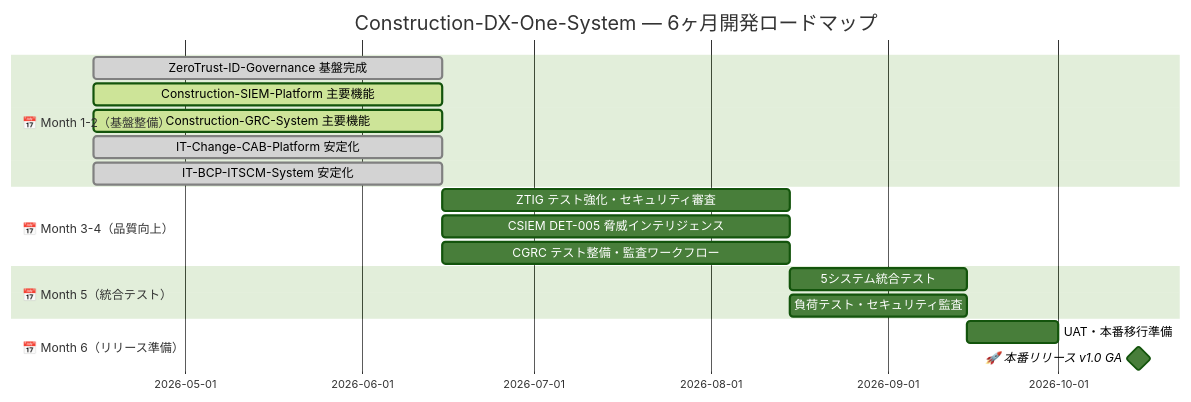
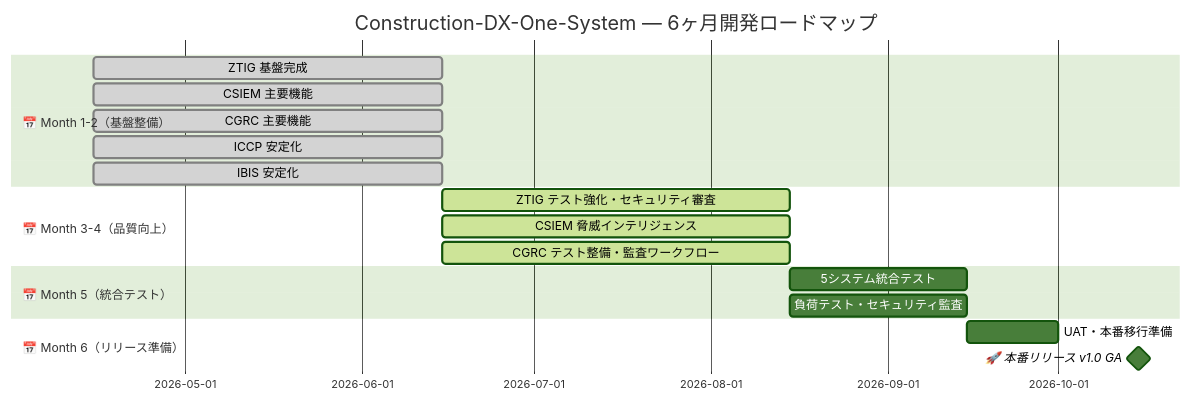
The fourth of 8 diagrams in README.md (Kensan196948G/Construction-DX-One-System), drawn with Mermaid (forest theme) before and after one commit. The commit also changed other lines of this file and 6 other files, not shown here.

````diff
--- a/README.md
+++ b/README.md
@@ -356,21 +294,21 @@
 ```mermaid
 gantt
     title Construction-DX-One-System — 6ヶ月開発ロードマップ
     dateFormat  YYYY-MM-DD
     section 📅 Month 1-2（基盤整備）
-    ZeroTrust-ID-Governance 基盤完成     :done,    ztig1, 2026-04-15, 2026-06-15
-    Construction-SIEM-Platform 主要機能   :active,  csiem1, 2026-04-15, 2026-06-15
-    Construction-GRC-System 主要機能      :active,  cgrc1, 2026-04-15, 2026-06-15
-    IT-Change-CAB-Platform 安定化         :done,    iccp1, 2026-04-15, 2026-06-15
-    IT-BCP-ITSCM-System 安定化           :done,    ibis1, 2026-04-15, 2026-06-15
+    ZTIG 基盤完成                          :done,    ztig1, 2026-04-15, 2026-06-15
+    CSIEM 主要機能                         :done,    csiem1, 2026-04-15, 2026-06-15
+    CGRC 主要機能                          :done,    cgrc1, 2026-04-15, 2026-06-15
+    ICCP 安定化                            :done,    iccp1, 2026-04-15, 2026-06-15
+    IBIS 安定化                            :done,    ibis1, 2026-04-15, 2026-06-15
     section 📅 Month 3-4（品質向上）
-    ZTIG テスト強化・セキュリティ審査     :         ztig2, 2026-06-15, 2026-08-15
-    CSIEM DET-005 脅威インテリジェンス    :         csiem2, 2026-06-15, 2026-08-15
-    CGRC テスト整備・監査ワークフロー      :         cgrc2, 2026-06-15, 2026-08-15
+    ZTIG テスト強化・セキュリティ審査        :active,  ztig2, 2026-06-15, 2026-08-15
+    CSIEM 脅威インテリジェンス              :active,  csiem2, 2026-06-15, 2026-08-15
+    CGRC テスト整備・監査ワークフロー        :active,  cgrc2, 2026-06-15, 2026-08-15
     section 📅 Month 5（統合テスト）
-    5システム統合テスト                   :         integ, 2026-08-15, 2026-09-15
-    負荷テスト・セキュリティ監査          :         sec, 2026-08-15, 2026-09-15
+    5システム統合テスト                     :         integ, 2026-08-15, 2026-09-15
+    負荷テスト・セキュリティ監査             :         sec, 2026-08-15, 2026-09-15
     section 📅 Month 6（リリース準備）
-    UAT・本番移行準備                     :         uat, 2026-09-15, 2026-10-01
-    🚀 本番リリース v1.0 GA               :milestone, release, 2026-10-15, 0d
+    UAT・本番移行準備                      :         uat, 2026-09-15, 2026-10-01
+    🚀 本番リリース v1.0 GA                :milestone, release, 2026-10-15, 0d
 ```
````
